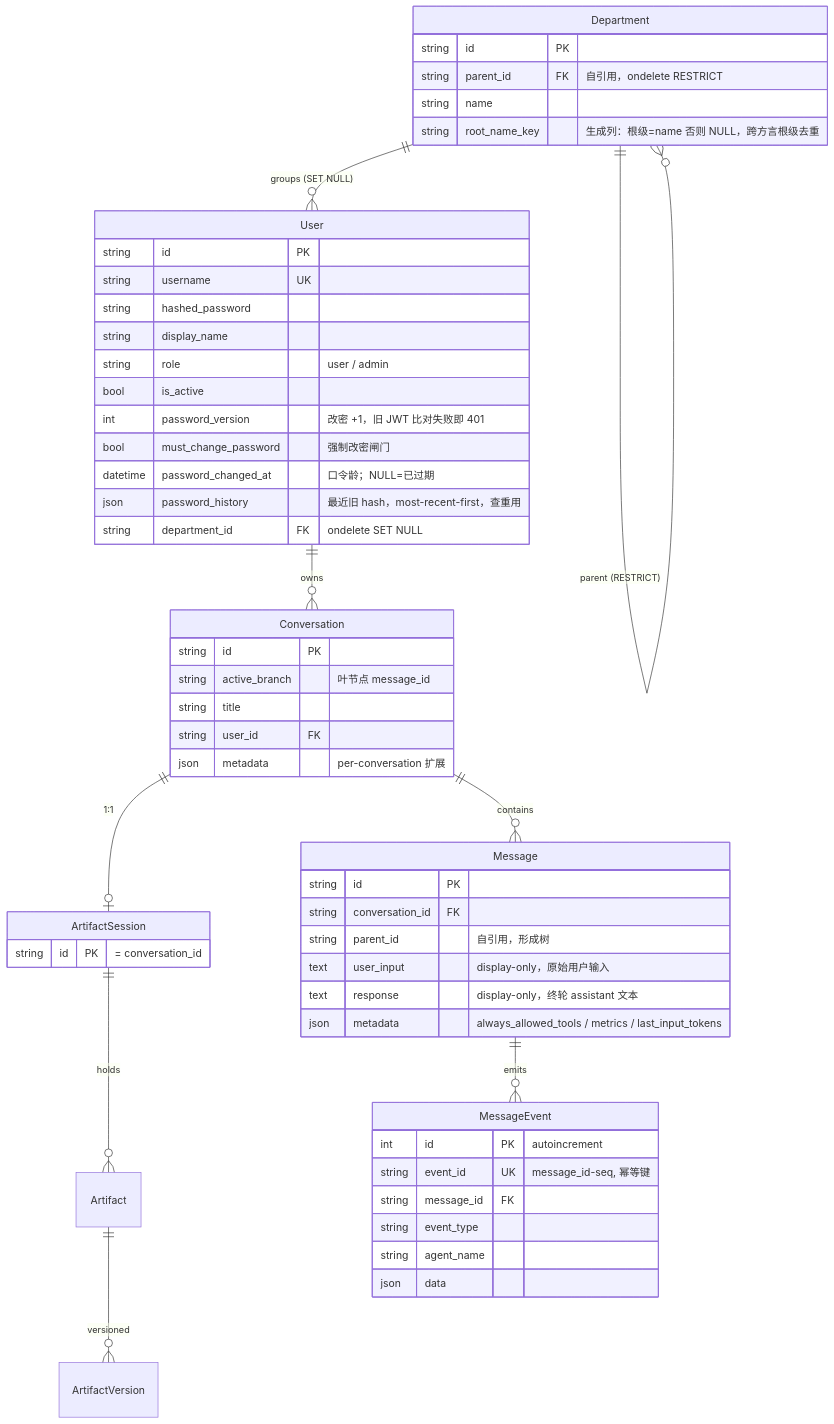
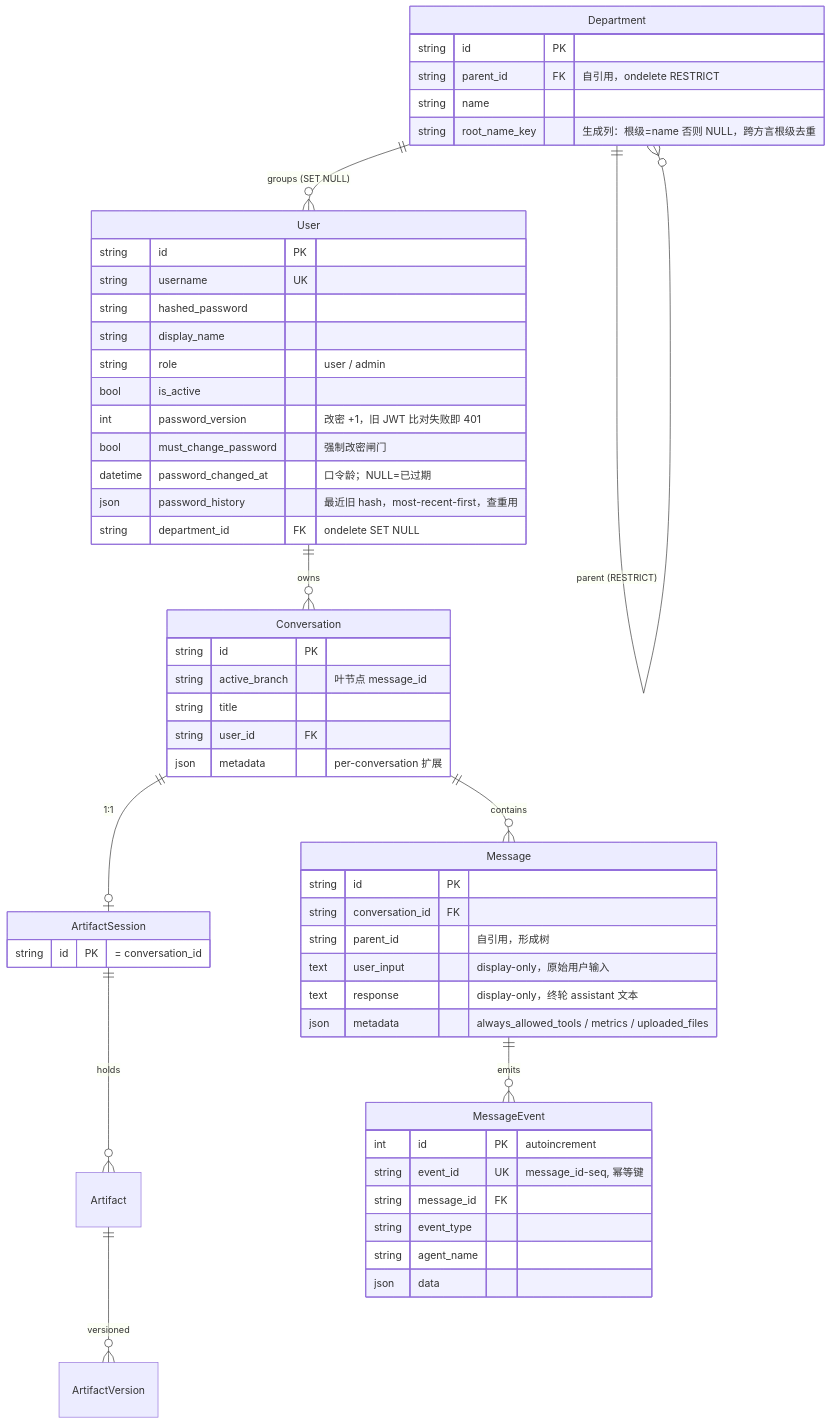
Before and after one commit to Neutrino1998/artifact-flow: the first of 2 diagrams in docs/architecture/data-layer.md, drawn with Mermaid. The commit also changed other lines of this file and 11 other files, not shown here.

````diff
--- a/docs/architecture/data-layer.md
+++ b/docs/architecture/data-layer.md
@@ -9,57 +9,57 @@
 ```mermaid
 erDiagram
     Department ||--o{ Department : "parent (RESTRICT)"
     Department ||--o{ User : "groups (SET NULL)"
     User ||--o{ Conversation : owns
     Conversation ||--o{ Message : contains
     Conversation ||--o| ArtifactSession : "1:1"
     ArtifactSession ||--o{ Artifact : holds
     Artifact ||--o{ ArtifactVersion : versioned
     Message ||--o{ MessageEvent : emits
 
     User {
         string id PK
         string username UK
         string hashed_password
         string display_name
         string role "user / admin"
         bool is_active
         int password_version "改密 +1，旧 JWT 比对失败即 401"
         bool must_change_password "强制改密闸门"
         datetime password_changed_at "口令龄；NULL=已过期"
         json password_history "最近旧 hash，most-recent-first，查重用"
         string department_id FK "ondelete SET NULL"
     }
     Department {
         string id PK
         string parent_id FK "自引用，ondelete RESTRICT"
         string name
         string root_name_key "生成列：根级=name 否则 NULL，跨方言根级去重"
     }
     Conversation {
         string id PK
         string active_branch "叶节点 message_id"
         string title
         string user_id FK
         json metadata "per-conversation 扩展"
     }
     Message {
         string id PK
         string conversation_id FK
         string parent_id "自引用，形成树"
         text user_input "display-only，原始用户输入"
         text response "display-only，终轮 assistant 文本"
-        json metadata "always_allowed_tools / metrics / last_input_tokens"
+        json metadata "always_allowed_tools / metrics / uploaded_files"
     }
     ArtifactSession {
         string id PK "= conversation_id"
     }
     MessageEvent {
         int id PK "autoincrement"
         string event_id UK "message_id-seq, 幂等键"
         string message_id FK
         string event_type
         string agent_name
         json data
     }
 ```
````
